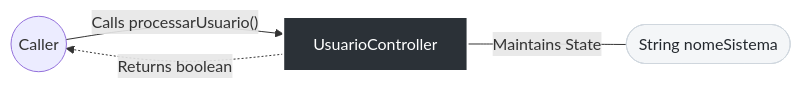
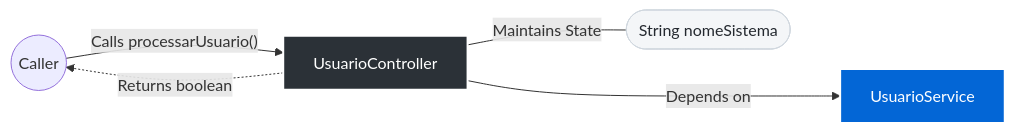
Before and after one commit to FelipeMCassiano/geanky: the diagram in docs/UsuarioController.md, drawn with Mermaid. The commit also changed other lines of this file and 2 other files, not shown here.

````diff
--- a/docs/UsuarioController.md
+++ b/docs/UsuarioController.md
@@ -26,23 +29,28 @@
 ```mermaid
 flowchart LR
     %% Styling
     classDef classNode fill:#2b3137,stroke:#fff,stroke-width:2px,color:#fff;
     classDef stateNode fill:#f4f6f8,stroke:#d0d7de,color:#24292f;
     classDef extNode fill:#0366d6,stroke:#fff,stroke-width:2px,color:#fff,cursor:pointer;
     
     Caller(("Caller"))
     ThisClass["UsuarioController"]:::classNode
 
     %% Method Calls
     
     Caller -- "Calls processarUsuario()" --> ThisClass
     ThisClass -. "Returns boolean" .-> Caller
     
 
     %% State vs External Dependencies
     
     
     ThisClass -- "Maintains State" --- State_nomeSistema(["String nomeSistema"]):::stateNode
     
     
+    
+    ThisClass -- "Depends on" ---> Dep_service["UsuarioService"]:::extNode
+    click Dep_service "UsuarioService.md" "Ir para a documentação de UsuarioService"
+    
+    
 ```
````
